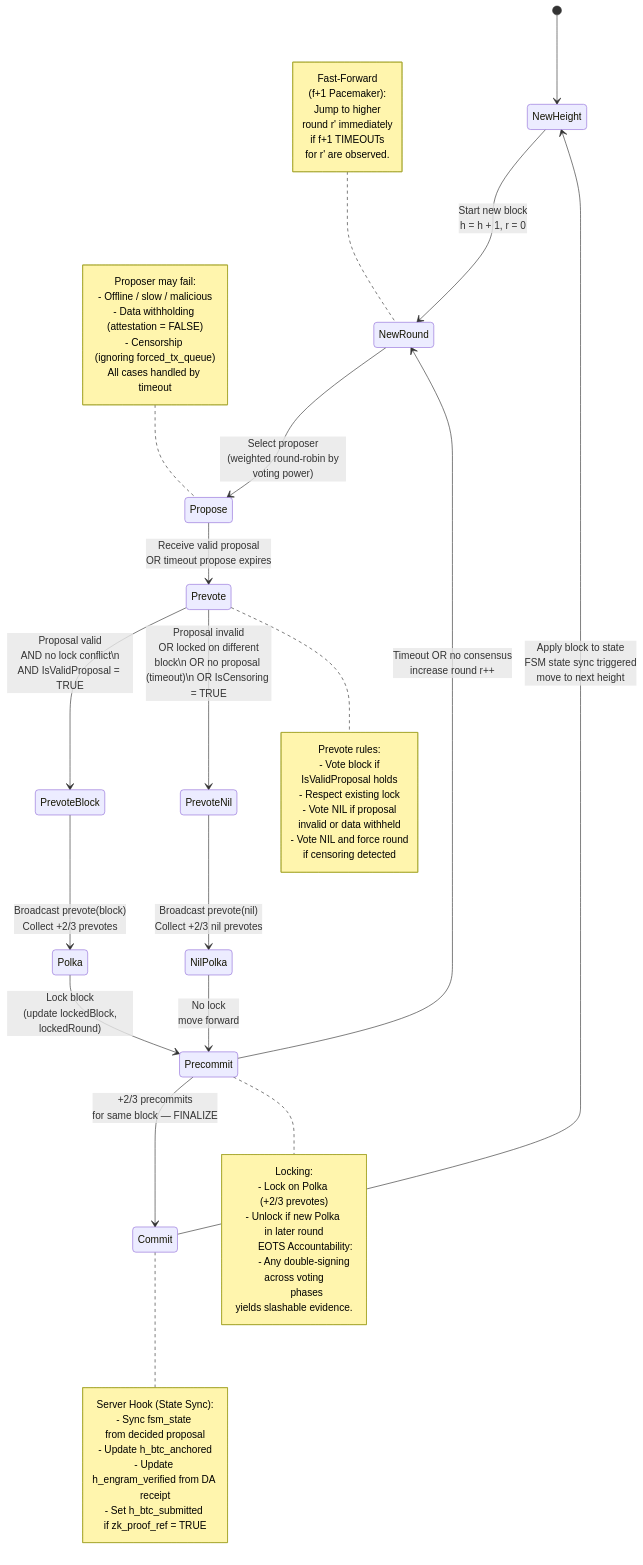
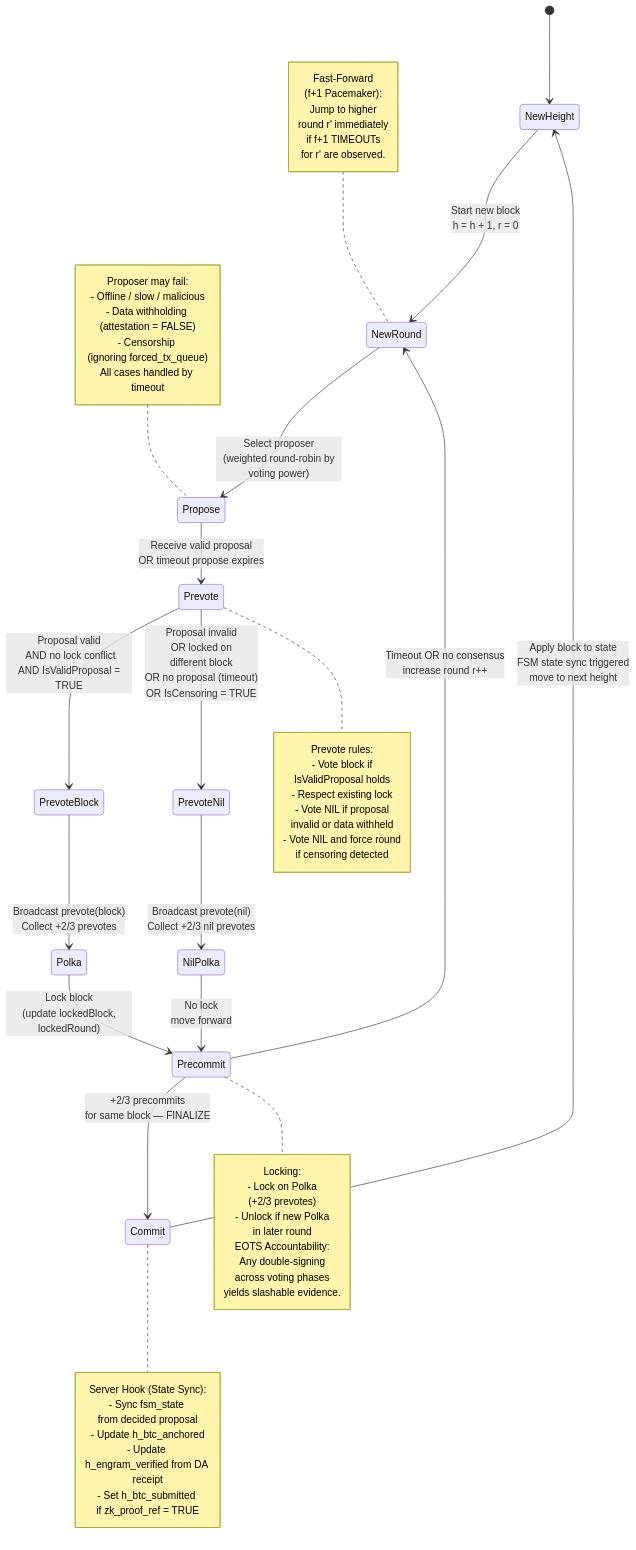
One commit to cuongct220020/stratium-core changed the third of 3 diagrams in docs/spec/README.md. Above: the diagram before and after it, drawn with Mermaid.

Commit message:
fix: mermaid syntax render

````diff
--- a/docs/spec/README.md
+++ b/docs/spec/README.md
@@ -455,66 +455,64 @@
 ```mermaid
 stateDiagram-v2
     direction TB
 
     [*] --> NewHeight
 
     NewHeight --> NewRound: Start new block<br> h = h + 1, r = 0
 
     note left of NewRound
         Fast-Forward <br>(f+1 Pacemaker):
         Jump to higher <br>round r' immediately 
         if f+1 TIMEOUTs <br>for r' are observed.
     end note
 
     NewRound --> Propose: Select proposer<br> (weighted round-robin by voting power)
 
     Propose --> Prevote: Receive valid proposal<br> OR timeout propose expires
 
-    Prevote --> PrevoteBlock: Proposal valid<br> AND no lock conflict\n AND IsValidProposal = TRUE
-    Prevote --> PrevoteNil: Proposal invalid<br> OR locked on different block\n OR no proposal (timeout)\n OR IsCensoring = TRUE
+    Prevote --> PrevoteBlock: Proposal valid<br> AND no lock conflict<br> AND IsValidProposal = TRUE
+    Prevote --> PrevoteNil: Proposal invalid<br> OR locked on <br>different block<br> OR no proposal (timeout)<br> OR IsCensoring = TRUE
 
     PrevoteBlock --> Polka: Broadcast prevote(block)<br> Collect +2/3 prevotes
     PrevoteNil --> NilPolka: Broadcast prevote(nil)<br> Collect +2/3 nil prevotes
 
     Polka --> Precommit: Lock block<br> (update lockedBlock, lockedRound)
     NilPolka --> Precommit: No lock<br> move forward
 
     Precommit --> Commit: +2/3 precommits<br> for same block — FINALIZE
     Precommit --> NewRound: Timeout OR no consensus<br> increase round r++
 
     Commit --> NewHeight: Apply block to state<br> FSM state sync triggered<br> move to next height
 
     note right of Prevote
         Prevote rules:
         - Vote block if <br>IsValidProposal holds
         - Respect existing lock
         - Vote NIL if proposal <br>invalid or data withheld
         - Vote NIL and force round <br>if censoring detected
     end note
 
     note right of Precommit
         Locking:
         - Lock on Polka <br>(+2/3 prevotes)
         - Unlock if new Polka <br>in later round
 
-        EOTS Accountability:
-        - Any double-signing <br>across voting
-          phases <br>yields slashable evidence.
+        EOTS Accountability: <br>Any double-signing <br>across voting phases <br>yields slashable evidence.
     end note
 
     note left of Propose
         Proposer may fail:
         - Offline / slow / malicious
         - Data withholding <br>(attestation = FALSE)
         - Censorship <br>(ignoring forced_tx_queue)
         All cases handled by timeout
     end note
 
     note right of Commit
         Server Hook (State Sync):
         - Sync fsm_state <br>from decided proposal
         - Update h_btc_anchored
         - Update h_engram_verified from DA receipt
         - Set h_btc_submitted <br>if zk_proof_ref = TRUE
     end note
 ```
````
